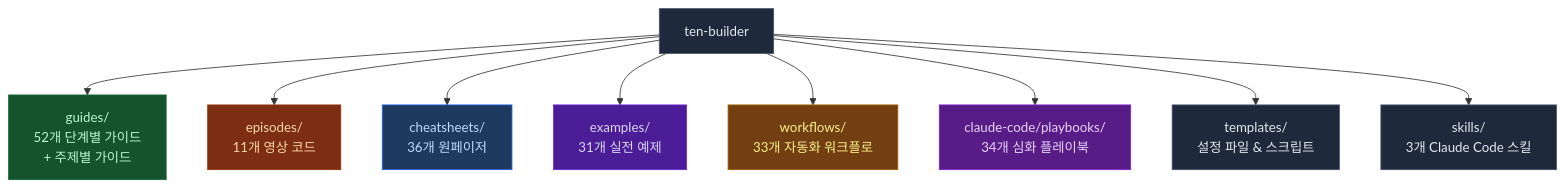
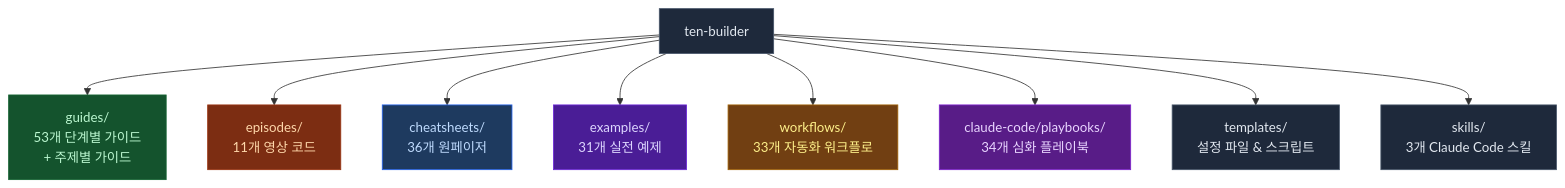
Before and after one commit to ten-builder/ten-builder: the first of 2 diagrams in README.md, drawn with Mermaid. The commit also changed other lines of this file, not shown here.

````diff
--- a/README.md
+++ b/README.md
@@ -23,21 +23,21 @@
 ```mermaid
 flowchart TD
-    R["ten-builder"] --> G["guides/\n52개 단계별 가이드\n+ 주제별 가이드"]
+    R["ten-builder"] --> G["guides/\n53개 단계별 가이드\n+ 주제별 가이드"]
     R --> E["episodes/\n11개 영상 코드"]
     R --> C["cheatsheets/\n36개 원페이저"]
     R --> EX["examples/\n31개 실전 예제"]
     R --> W["workflows/\n33개 자동화 워크플로"]
     R --> P["claude-code/playbooks/\n34개 심화 플레이북"]
     R --> T["templates/\n설정 파일 & 스크립트"]
     R --> S["skills/\n3개 Claude Code 스킬"]
 
     style R fill:#1e293b,stroke:#475569,color:#e2e8f0
     style G fill:#14532d,stroke:#166534,color:#bbf7d0
     style E fill:#7c2d12,stroke:#9a3412,color:#fed7aa
     style C fill:#1e3a5f,stroke:#2563eb,color:#bfdbfe
     style EX fill:#4a1d96,stroke:#6d28d9,color:#ddd6fe
     style W fill:#713f12,stroke:#a16207,color:#fef08a
     style P fill:#581c87,stroke:#7e22ce,color:#e9d5ff
     style T fill:#1e293b,stroke:#475569,color:#e2e8f0
     style S fill:#1e293b,stroke:#475569,color:#e2e8f0
 ```
````
